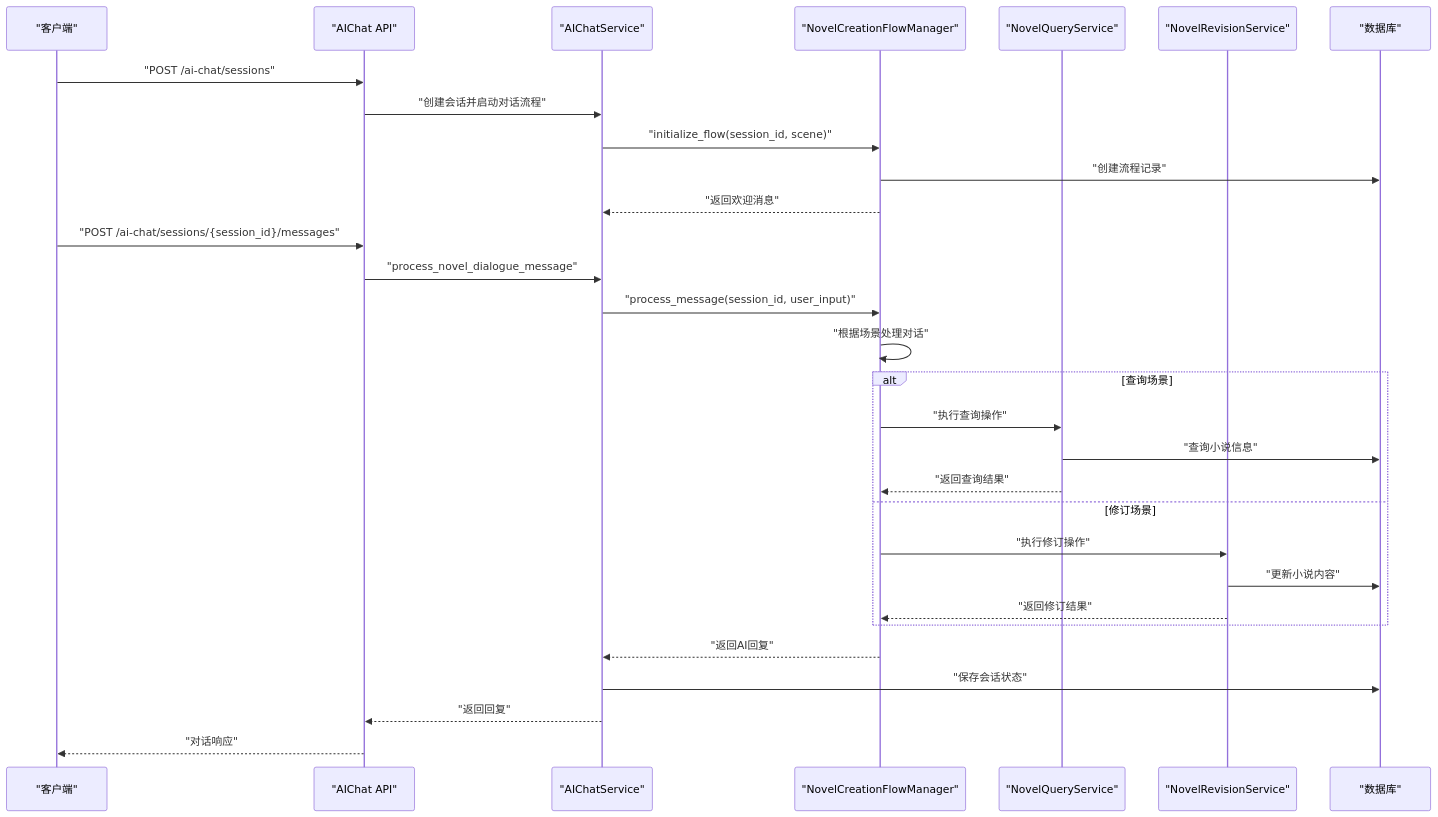
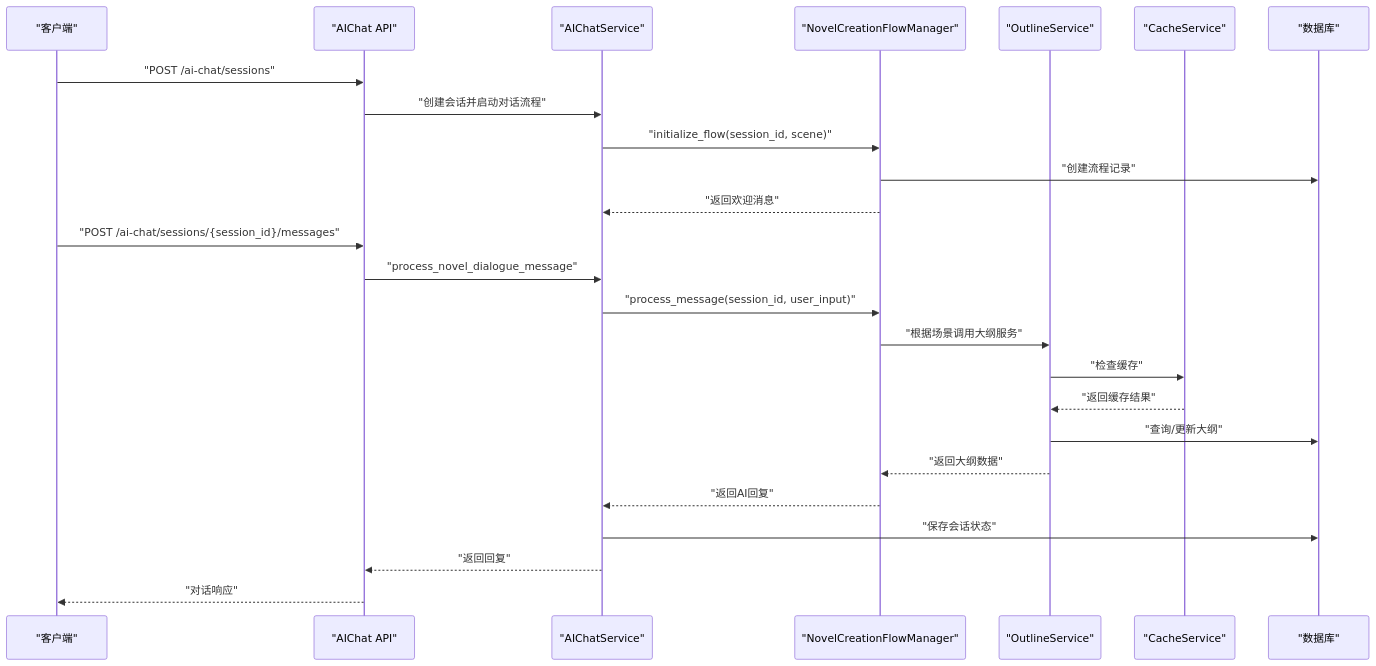
One commit to xfbyxq/ai-novel-system changed the second of 9 diagrams in .qoder/repowiki/zh/content/后端架构/服务层设计.md. Above: the diagram before and after it, drawn with Mermaid. The commit also changed other lines of this file and 6 other files, not shown here.

First line of the commit message:
feat(architecture): 完善智能体系统核心组件与架构文档

````diff
--- a/.qoder/repowiki/zh/content/后端架构/服务层设计.md
+++ b/.qoder/repowiki/zh/content/后端架构/服务层设计.md
@@ -167,32 +195,27 @@
 ```mermaid
 sequenceDiagram
 participant Client as "客户端"
 participant API as "AIChat API"
 participant AI as "AIChatService"
 participant Flow as "NovelCreationFlowManager"
-participant Query as "NovelQueryService"
-participant Revise as "NovelRevisionService"
+participant Outline as "OutlineService"
+participant Cache as "CacheService"
 participant DB as "数据库"
 Client->>API : "POST /ai-chat/sessions"
 API->>AI : "创建会话并启动对话流程"
 AI->>Flow : "initialize_flow(session_id, scene)"
 Flow->>DB : "创建流程记录"
 Flow-->>AI : "返回欢迎消息"
 Client->>API : "POST /ai-chat/sessions/{session_id}/messages"
 API->>AI : "process_novel_dialogue_message"
 AI->>Flow : "process_message(session_id, user_input)"
-Flow->>Flow : "根据场景处理对话"
-alt 查询场景
-Flow->>Query : "执行查询操作"
-Query->>DB : "查询小说信息"
-Query-->>Flow : "返回查询结果"
-else 修订场景
-Flow->>Revise : "执行修订操作"
-Revise->>DB : "更新小说内容"
-Revise-->>Flow : "返回修订结果"
-end
+Flow->>Outline : "根据场景调用大纲服务"
+Outline->>Cache : "检查缓存"
+Cache-->>Outline : "返回缓存结果"
+Outline->>DB : "查询/更新大纲"
+Outline-->>Flow : "返回大纲数据"
 Flow-->>AI : "返回AI回复"
 AI->>DB : "保存会话状态"
 AI-->>API : "返回回复"
 API-->>Client : "对话响应"
 ```
````
